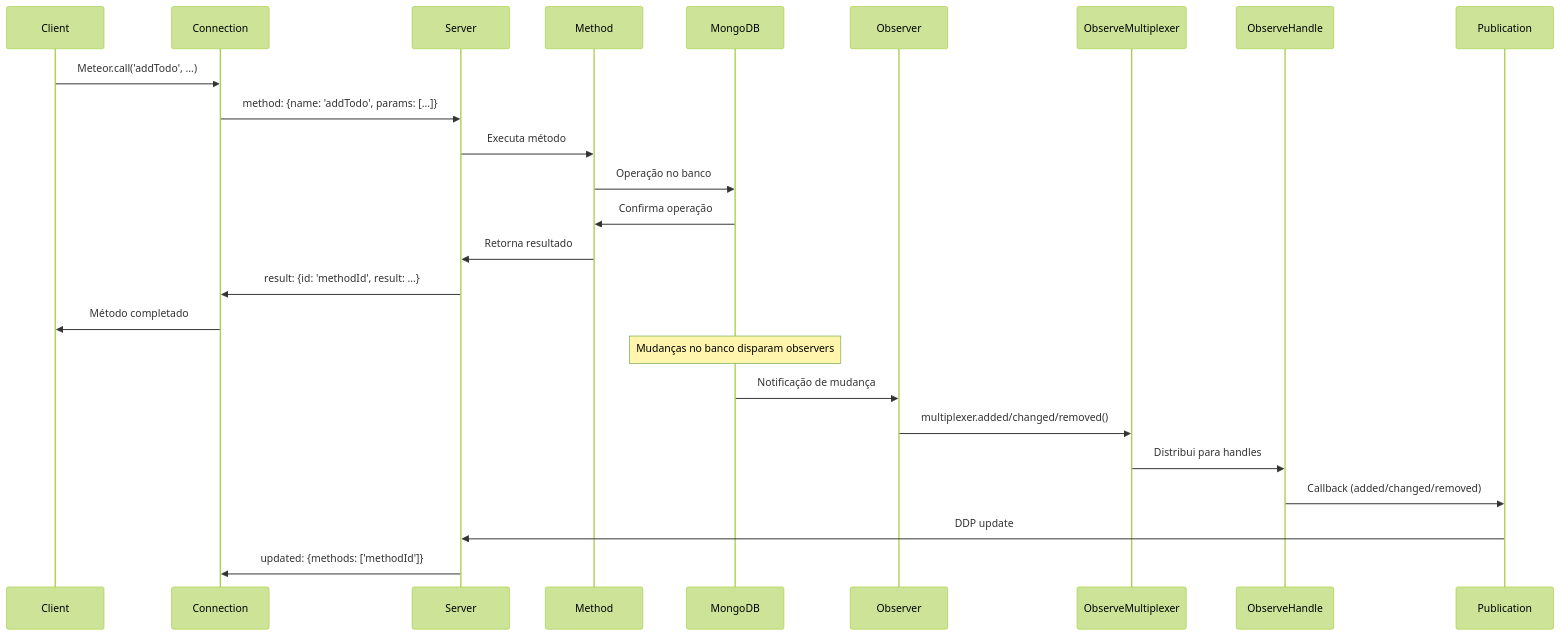
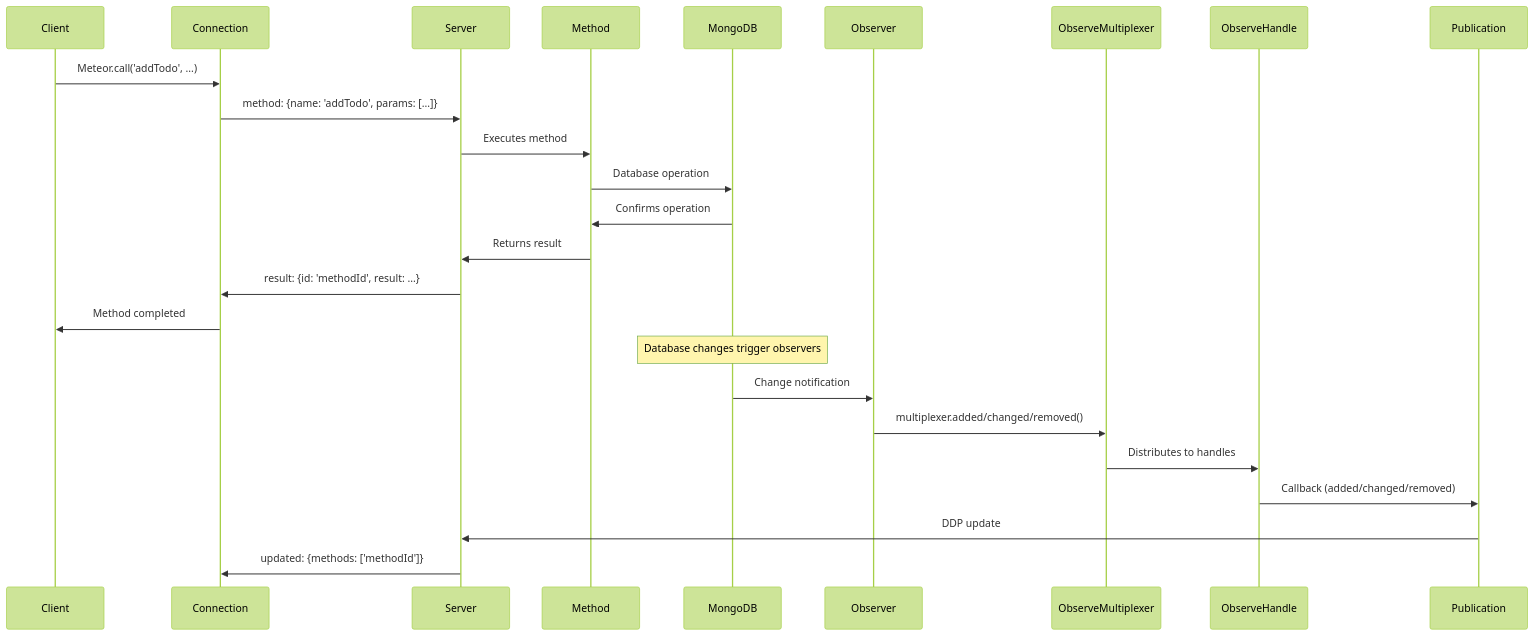
Diagram 14 of 15 in readme.md (italojs/ddp-blog-post), drawn with Mermaid (forest theme) before and after one commit. The commit also changed other lines of this file, not shown here.

````diff
--- a/readme.md
+++ b/readme.md
@@ -2032,25 +2032,25 @@
 ```mermaid
 sequenceDiagram
     participant Client
     participant Connection
     participant Server
     participant Method
     participant MongoDB
     
     Client->>Connection: Meteor.call('addTodo', ...)
     Connection->>Server: method: {name: 'addTodo', params: [...]}
-    Server->>Method: Executa método
-    Method->>MongoDB: Operação no banco
-    MongoDB->>Method: Confirma operação
-    Method->>Server: Retorna resultado
+    Server->>Method: Executes method
+    Method->>MongoDB: Database operation
+    MongoDB->>Method: Confirms operation
+    Method->>Server: Returns result
     Server->>Connection: result: {id: 'methodId', result: ...}
-    Connection->>Client: Método completado
+    Connection->>Client: Method completed
     
-    Note over MongoDB: Mudanças no banco disparam observers
-    MongoDB->>Observer: Notificação de mudança
+    Note over MongoDB: Database changes trigger observers
+    MongoDB->>Observer: Change notification
     Observer->>ObserveMultiplexer: multiplexer.added/changed/removed()
-    ObserveMultiplexer->>ObserveHandle: Distribui para handles
+    ObserveMultiplexer->>ObserveHandle: Distributes to handles
     ObserveHandle->>Publication: Callback (added/changed/removed)
     Publication->>Server: DDP update
     Server->>Connection: updated: {methods: ['methodId']}
 ```
````
